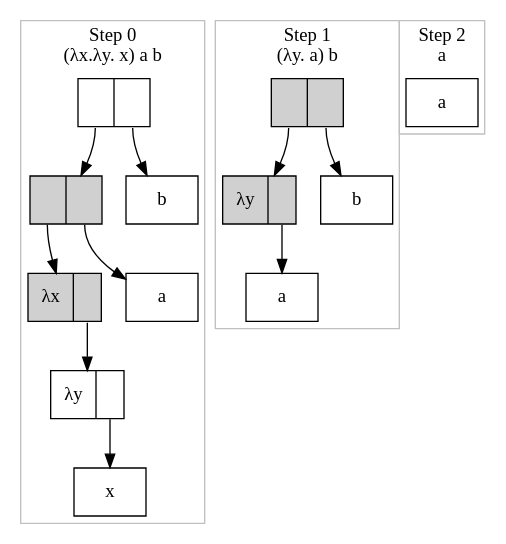
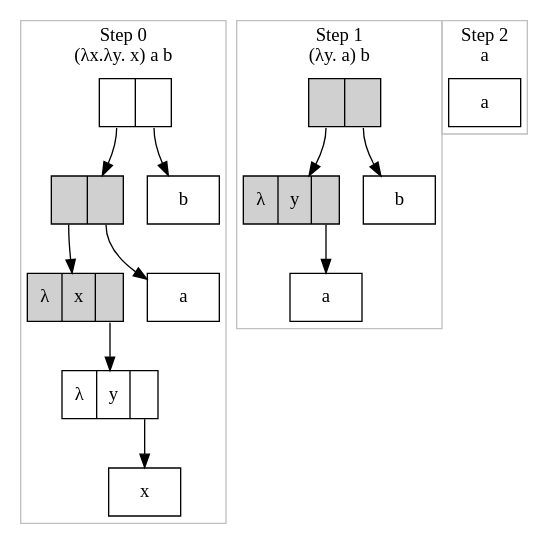
One commit to LuCEresearchlab/sound-notional-machines changed the diagram in lambda/diagrams/takeFirst.dot. Above: the diagram before and after it, drawn with Graphviz. The commit also changed 10 other files, not shown here.

```diff
--- a/lambda/diagrams/takeFirst.dot
+++ b/lambda/diagrams/takeFirst.dot
@@ -1,40 +1,40 @@
 digraph takeFirst {
   pad="0,0"
   margin="0,0"
   subgraph cluster0 {
     margin="5,5"
     color="#c0c0c0"
     label="Step 0\n(λx.λy. x) a b"
     s0appb [label="<h0>|<h1>",shape=record]
     s0appa [label="<h0>|<h1>",shape=record,style=filled,fillcolor="#d0d0d0"]
-    s0absx [label="λx|<h0>",shape=record,style=filled,fillcolor="#d0d0d0"]
-    s0absy [label="λy|<h0>",shape=record]
+    s0absx [label="λ|x|<h0>",shape=record,style=filled,fillcolor="#d0d0d0"]
+    s0absy [label="λ|y|<h0>",shape=record]
     s0varx [label="x",shape=record]
     s0vara [label="a",shape=record]
     s0varb [label="b",shape=record]
     s0appb:h0 -> s0appa
     s0appa:h0 -> s0absx
     s0appa:h1 -> s0vara
     s0absx:h0 -> s0absy
     s0absy:h0 -> s0varx
     s0appb:h1 -> s0varb
   }
   subgraph cluster1 {
     margin="5,5"
     color="#c0c0c0"
     label="Step 1\n(λy. a) b"
     s1appb [label="<h0>|<h1>",shape=record,style=filled,fillcolor="#d0d0d0"]
-    s1absy [label="λy|<h0>",shape=record,style=filled,fillcolor="#d0d0d0"]
+    s1absy [label="λ|y|<h0>",shape=record,style=filled,fillcolor="#d0d0d0"]
     s1vara [label="a",shape=record]
     s1varb [label="b",shape=record]
     s1appb:h0 -> s1absy
     s1absy:h0 -> s1vara
     s1appb:h1 -> s1varb
   }
   subgraph cluster2 {
     margin="5,5"
     color="#c0c0c0"
     label="Step 2\na"
     s2vara [label="a",shape=record]
   }
 }
```
